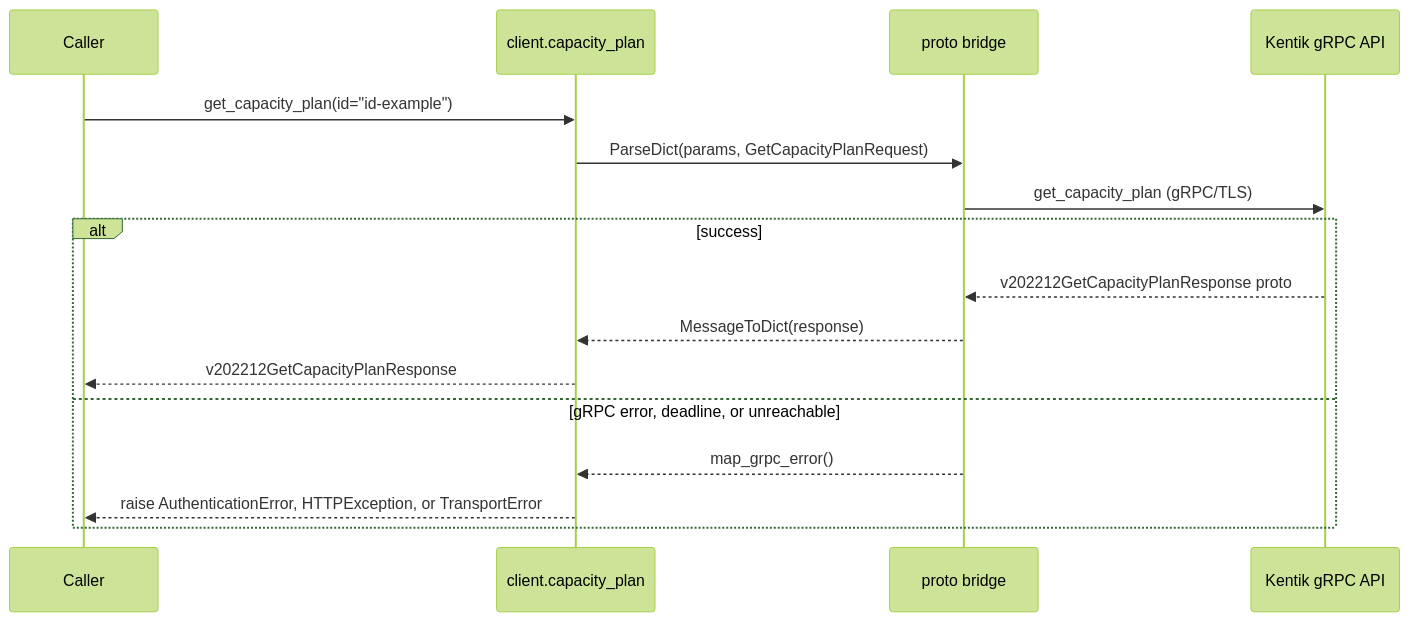
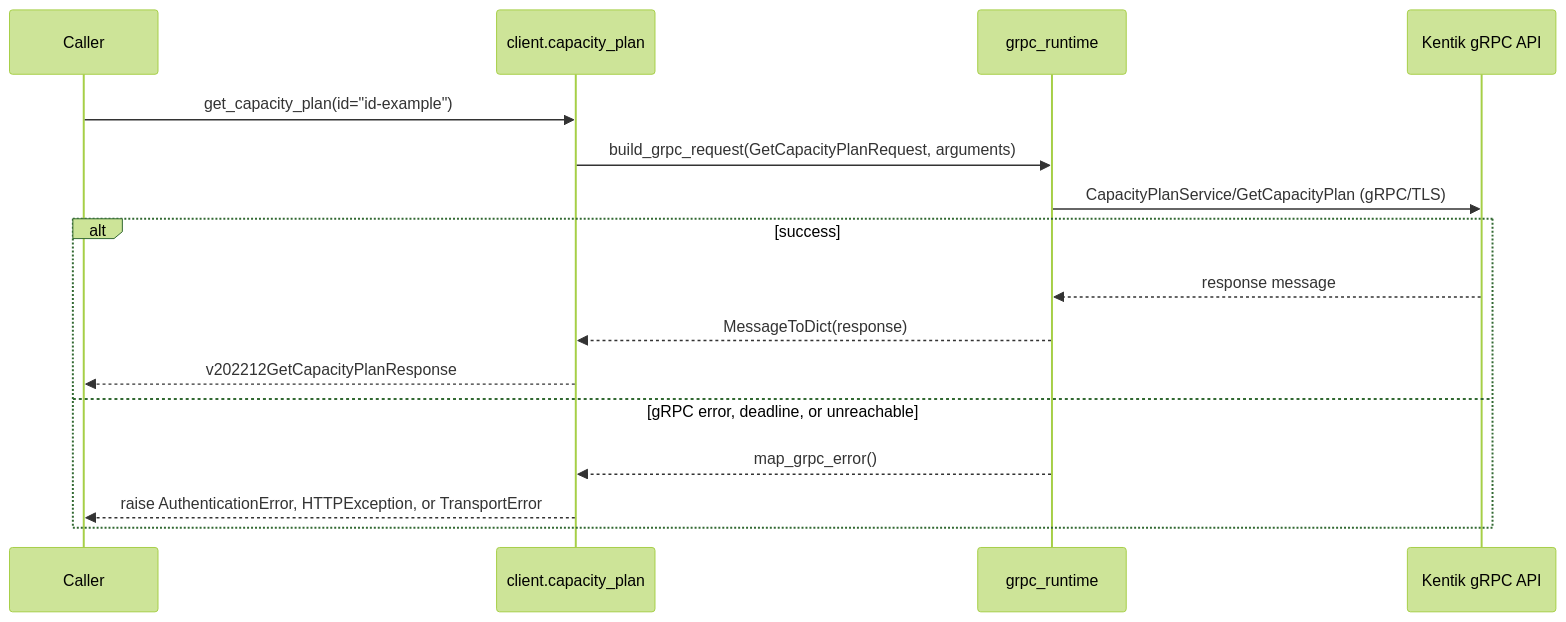
Before and after one commit to alexdearaujo/community_sdk_python: the seventh of 10 diagrams in docs/sphinx/services/capacity_plan.md, drawn with Mermaid (forest theme). The commit also changed other lines of this file and 37 other files, not shown here.

First line of the commit message:
docs: show the real RPC in each service page's gRPC diagram

````diff
--- a/docs/sphinx/services/capacity_plan.md
+++ b/docs/sphinx/services/capacity_plan.md
@@ -195,19 +195,19 @@
 ```mermaid
 sequenceDiagram
     participant C as Caller
     participant W as client.capacity_plan
-    participant B as proto bridge
+    participant R as grpc_runtime
     participant API as Kentik gRPC API
 
     C->>W: get_capacity_plan(id="id-example")
-    W->>B: ParseDict(params, GetCapacityPlanRequest)
-    B->>API: get_capacity_plan (gRPC/TLS)
+    W->>R: build_grpc_request(GetCapacityPlanRequest, arguments)
+    R->>API: CapacityPlanService/GetCapacityPlan (gRPC/TLS)
     alt success
-        API-->>B: v202212GetCapacityPlanResponse proto
-        B-->>W: MessageToDict(response)
+        API-->>R: response message
+        R-->>W: MessageToDict(response)
         W-->>C: v202212GetCapacityPlanResponse
     else gRPC error, deadline, or unreachable
-        B-->>W: map_grpc_error()
+        R-->>W: map_grpc_error()
         W-->>C: raise AuthenticationError, HTTPException, or TransportError
     end
 ```
````
